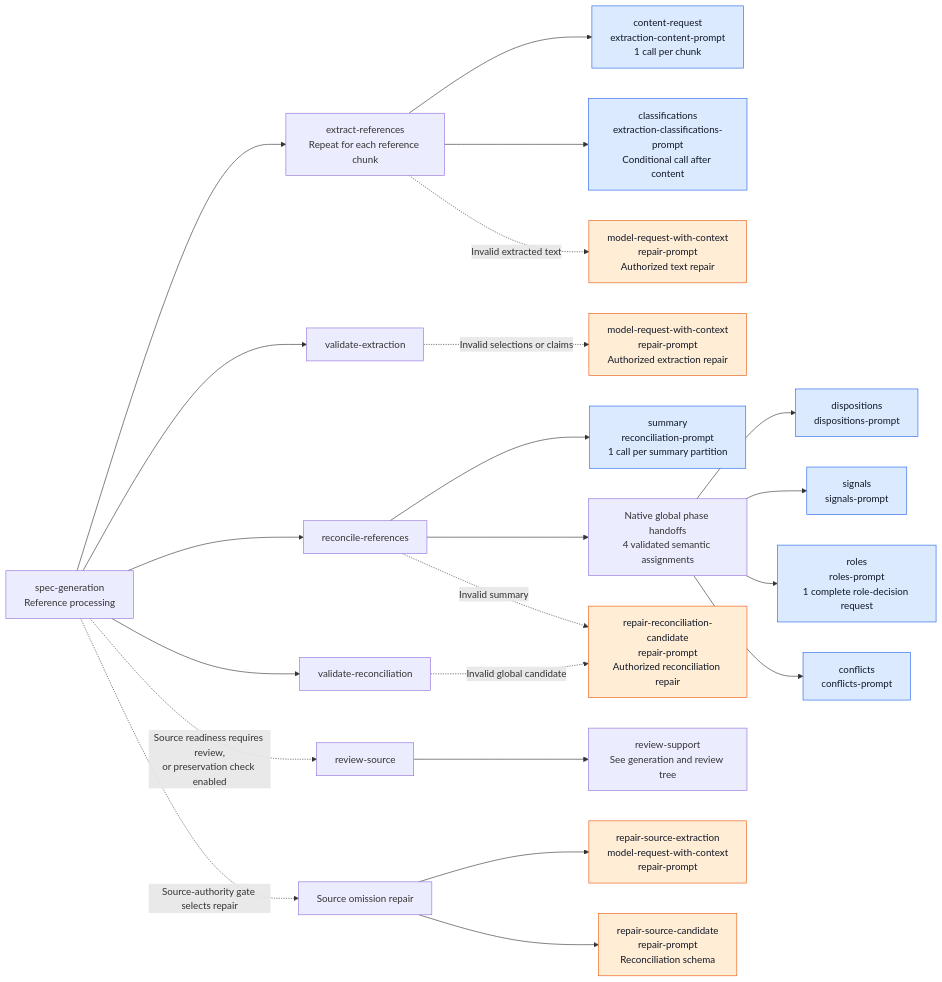
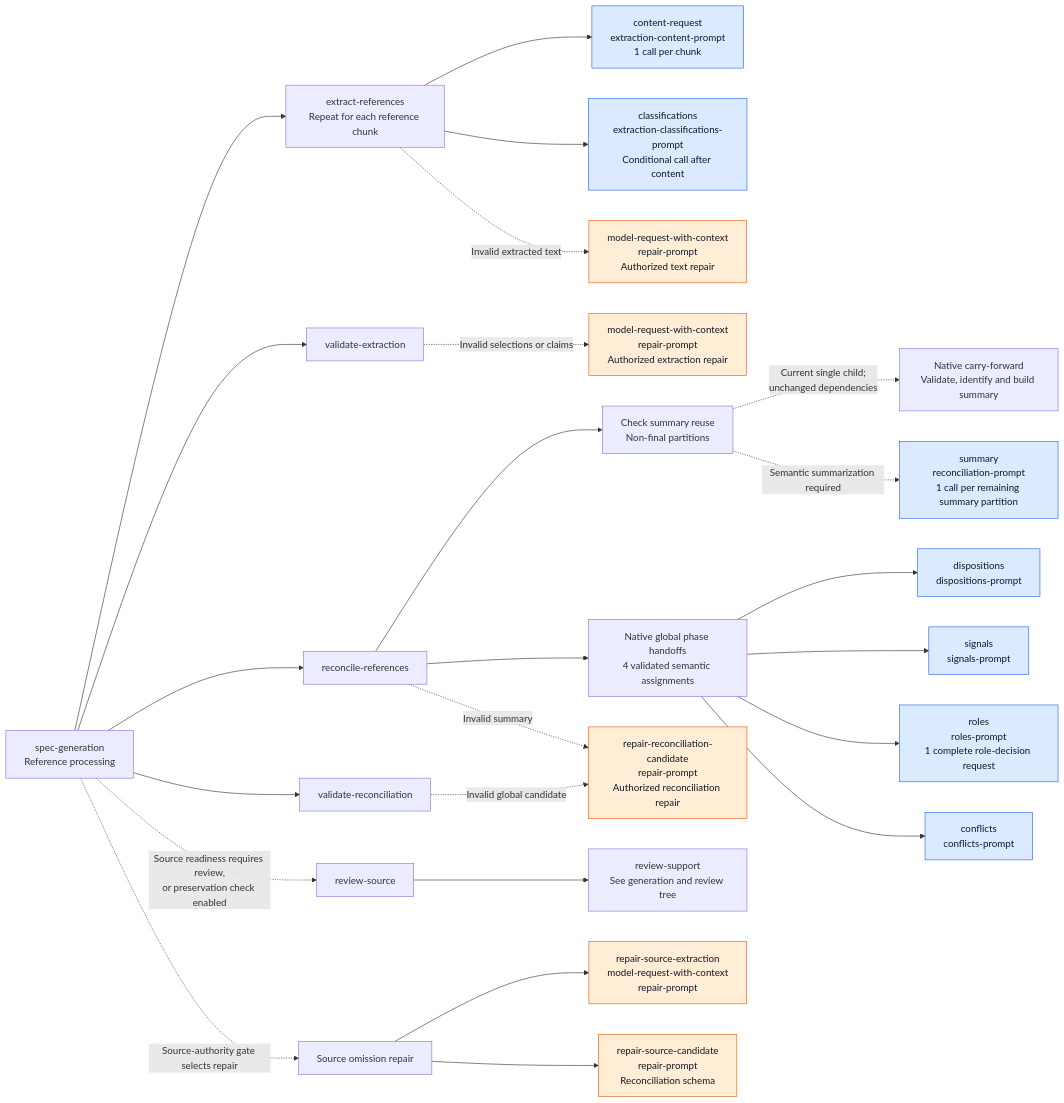
The first of 3 diagrams in design/diagrams/21-spec-model-call-tree.md (littledespot/sdde), drawn with Mermaid before and after one commit. The commit also changed other lines of this file and 92 other files, not shown here.

````diff
--- a/design/diagrams/21-spec-model-call-tree.md
+++ b/design/diagrams/21-spec-model-call-tree.md
@@ -22,34 +22,36 @@
 ```mermaid
 flowchart LR
     ROOT["spec-generation<br/>Reference processing"]
     ROOT --> EX["extract-references<br/>Repeat for each reference chunk"]
     EX --> CONTENT["content-request<br/>extraction-content-prompt<br/>1 call per chunk"]
     EX --> CLASSIFICATIONS["classifications<br/>extraction-classifications-prompt<br/>Conditional call after content"]
     EX -. "Invalid extracted text" .-> TEXT_REPAIR["model-request-with-context<br/>repair-prompt<br/>Authorized text repair"]
 
     ROOT --> VALIDATE_EX["validate-extraction"]
     VALIDATE_EX -. "Invalid selections or claims" .-> EX_REPAIR["model-request-with-context<br/>repair-prompt<br/>Authorized extraction repair"]
 
     ROOT --> RC["reconcile-references"]
-    RC --> SUMMARY["summary<br/>reconciliation-prompt<br/>1 call per summary partition"]
+    RC --> SUMMARY_ROUTE["Check summary reuse<br/>Non-final partitions"]
+    SUMMARY_ROUTE -. "Current single child;<br/>unchanged dependencies" .-> SUMMARY_REUSE["Native carry-forward<br/>Validate, identify and build summary"]
+    SUMMARY_ROUTE -. "Semantic summarization required" .-> SUMMARY["summary<br/>reconciliation-prompt<br/>1 call per remaining summary partition"]
     RC --> GLOBAL["Native global phase handoffs<br/>4 validated semantic assignments"]
     GLOBAL --> DISPOSITIONS["dispositions<br/>dispositions-prompt"]
     GLOBAL --> SIGNALS["signals<br/>signals-prompt"]
     GLOBAL --> ROLES["roles<br/>roles-prompt<br/>1 complete role-decision request"]
     GLOBAL --> CONFLICTS["conflicts<br/>conflicts-prompt"]
     RC -. "Invalid summary" .-> RC_REPAIR["repair-reconciliation-candidate<br/>repair-prompt<br/>Authorized reconciliation repair"]
 
     ROOT --> VALIDATE_RC["validate-reconciliation"]
     VALIDATE_RC -. "Invalid global candidate" .-> RC_REPAIR
 
     ROOT -. "Source readiness requires review,<br/>or preservation check enabled" .-> SOURCE["review-source"]
     SOURCE --> SUPPORT["review-support<br/>See generation and review tree"]
     ROOT -. "Source-authority gate selects repair" .-> UPSTREAM["Source omission repair"]
     UPSTREAM --> SOURCE_EX["repair-source-extraction<br/>model-request-with-context<br/>repair-prompt"]
     UPSTREAM --> SOURCE_RC["repair-source-candidate<br/>repair-prompt<br/>Reconciliation schema"]
 
     classDef model fill:#dbeafe,stroke:#2563eb,color:#111827;
     classDef repair fill:#ffedd5,stroke:#ea580c,color:#111827;
     class CONTENT,CLASSIFICATIONS,SUMMARY,DISPOSITIONS,SIGNALS,ROLES,CONFLICTS model;
     class TEXT_REPAIR,EX_REPAIR,RC_REPAIR,SOURCE_EX,SOURCE_RC repair;
 ```
````
